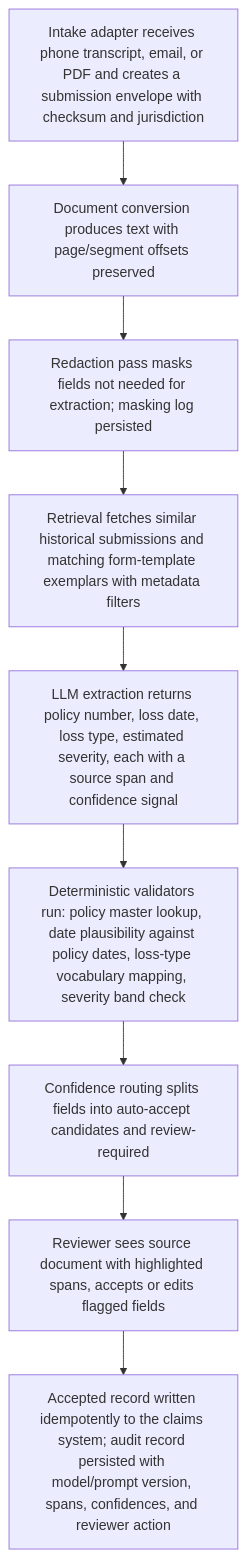
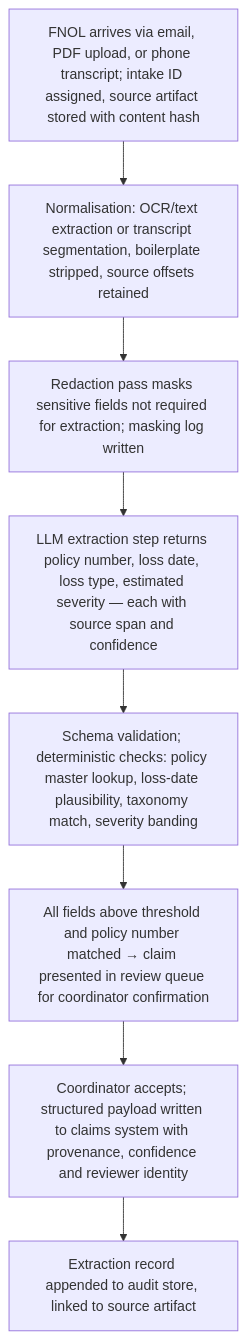
One commit to shanelabountyai/use-case-studio changed the first of 4 diagrams in docs/samples/insurance-fnol-intake.md. Above: the diagram before and after it, drawn with Mermaid. The commit also changed other lines of this file and 3 other files, not shown here.

````diff
--- a/docs/samples/insurance-fnol-intake.md
+++ b/docs/samples/insurance-fnol-intake.md
@@ -71,20 +71,18 @@
 ```mermaid
 flowchart TD
-  n0_0["Intake adapter receives phone transcript, email, or PDF and creates a submission envelope with checksum and jurisdiction"]
-  n0_1["Document conversion produces text with page/segment offsets preserved"]
-  n0_2["Redaction pass masks fields not needed for extraction; masking log persisted"]
-  n0_3["Retrieval fetches similar historical submissions and matching form-template exemplars with metadata filters"]
-  n0_4["LLM extraction returns policy number, loss date, loss type, estimated severity, each with a source span and confidence signal"]
-  n0_5["Deterministic validators run: policy master lookup, date plausibility against policy dates, loss-type vocabulary mapping, severity band check"]
-  n0_6["Confidence routing splits fields into auto-accept candidates and review-required"]
-  n0_7["Reviewer sees source document with highlighted spans, accepts or edits flagged fields"]
-  n0_8["Accepted record written idempotently to the claims system; audit record persisted with model/prompt version, spans, confidences, and reviewer action"]
+  n0_0["FNOL arrives via email, PDF upload, or phone transcript; intake ID assigned, source artifact stored with content hash"]
+  n0_1["Normalisation: OCR/text extraction or transcript segmentation, boilerplate stripped, source offsets retained"]
+  n0_2["Redaction pass masks sensitive fields not required for extraction; masking log written"]
+  n0_3["LLM extraction step returns policy number, loss date, loss type, estimated severity — each with source span and confidence"]
+  n0_4["Schema validation; deterministic checks: policy master lookup, loss-date plausibility, taxonomy match, severity banding"]
+  n0_5["All fields above threshold and policy number matched → claim presented in review queue for coordinator confirmation"]
+  n0_6["Coordinator accepts; structured payload written to claims system with provenance, confidence and reviewer identity"]
+  n0_7["Extraction record appended to audit store, linked to source artifact"]
   n0_0 --> n0_1
   n0_1 --> n0_2
   n0_2 --> n0_3
   n0_3 --> n0_4
   n0_4 --> n0_5
   n0_5 --> n0_6
   n0_6 --> n0_7
-  n0_7 --> n0_8
 ```
````
